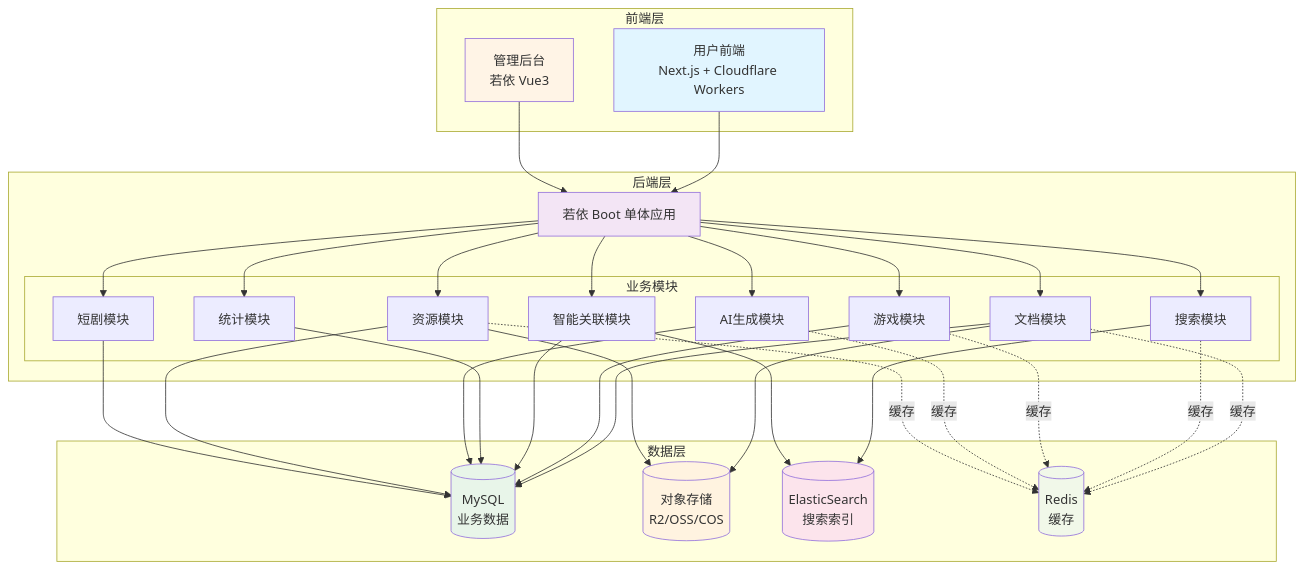
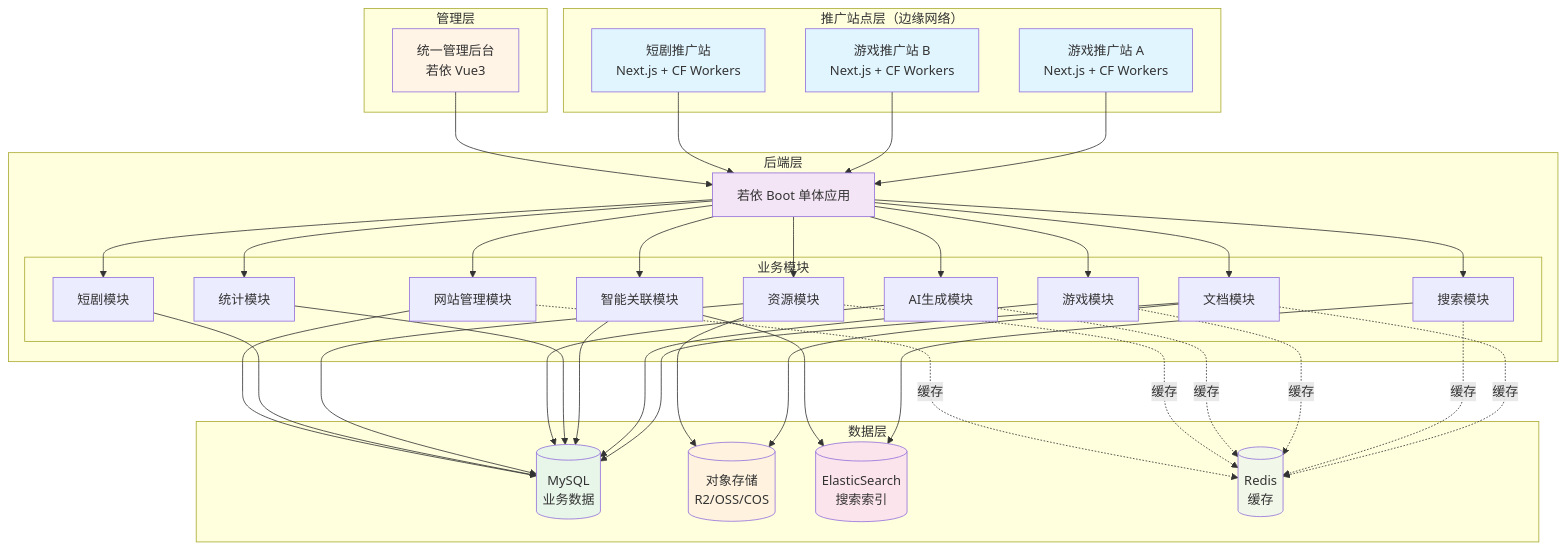
One commit to MisinGuo/game-box-web changed the first of 4 diagrams in docs/PRD-游戏盒子内容管理系统.md. Above: the diagram before and after it, drawn with Mermaid. The commit also changed other lines of this file and 15 other files, not shown here.

````diff
--- a/docs/PRD-游戏盒子内容管理系统.md
+++ b/docs/PRD-游戏盒子内容管理系统.md
@@ -26,66 +54,80 @@
 ```mermaid
 graph TB
-    subgraph "前端层"
-        A[用户前端<br/>Next.js + Cloudflare Workers]
-        B[管理后台<br/>若依 Vue3]
+    subgraph "推广站点层（边缘网络）"
+        W1[游戏推广站 A<br/>Next.js + CF Workers]
+        W2[游戏推广站 B<br/>Next.js + CF Workers]
+        W3[短剧推广站<br/>Next.js + CF Workers]
+    end
+    
+    subgraph "管理层"
+        B[统一管理后台<br/>若依 Vue3]
     end
     
     subgraph "后端层"
         C[若依 Boot 单体应用]
         
         subgraph "业务模块"
             D[文档模块]
             E[搜索模块]
             F[游戏模块]
             G[智能关联模块]
             H[统计模块]
             I2[AI生成模块]
             J2[资源模块]
             K2[短剧模块]
+            S[网站管理模块]
         end
     end
     
     subgraph "数据层"
         I[(MySQL<br/>业务数据)]
         J[(对象存储<br/>R2/OSS/COS)]
         K[(ElasticSearch<br/>搜索索引)]
         L[(Redis<br/>缓存)]
     end
     
-    A --> C
+    W1 --> C
+    W2 --> C
+    W3 --> C
     B --> C
+    
     C --> D
     C --> E
     C --> F
     C --> G
     C --> H
     C --> I2
     C --> J2
     C --> K2
+    C --> S
     
     D --> I
     D --> J
     E --> K
     F --> I
     G --> I
     G --> K
     H --> I
     I2 --> I
     J2 --> I
     J2 --> J
     K2 --> I
+    S --> I
     
     D -.缓存.-> L
     E -.缓存.-> L
     F -.缓存.-> L
     I2 -.缓存.-> L
     J2 -.缓存.-> L
+    S -.缓存.-> L
     
-    style A fill:#e1f5ff
+    style W1 fill:#e1f5ff
+    style W2 fill:#e1f5ff
+    style W3 fill:#e1f5ff
     style B fill:#fff4e6
     style C fill:#f3e5f5
     style I fill:#e8f5e9
     style J fill:#fff3e0
     style K fill:#fce4ec
     style L fill:#f1f8e9
 ```
````
